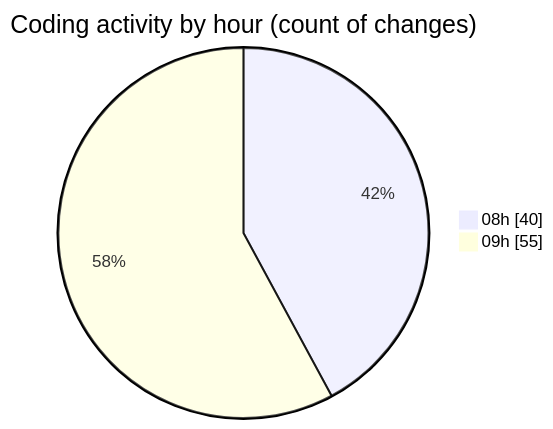
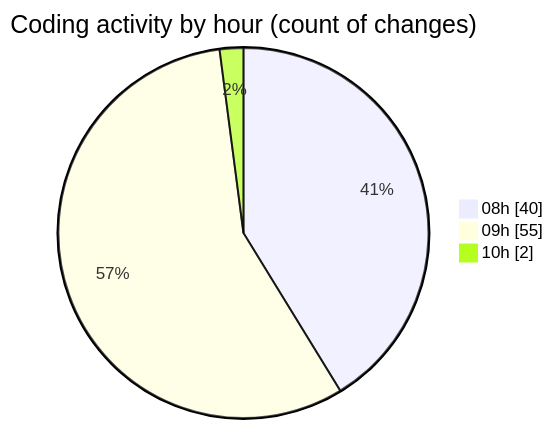
One commit to robertbonfada/code-tracking changed the second of 2 diagrams in 2025-01-27/mbc-web/README.md. Above: the diagram before and after it, drawn with Mermaid. The commit also changed other lines of this file and 1 other file, not shown here.

````diff
--- a/2025-01-27/mbc-web/README.md
+++ b/2025-01-27/mbc-web/README.md
@@ -45,6 +45,7 @@
 ```mermaid
 pie showData
 title Coding activity by hour (count of changes)
 "08h" : 40
 "09h" : 55
+"10h" : 2
 ```
````
